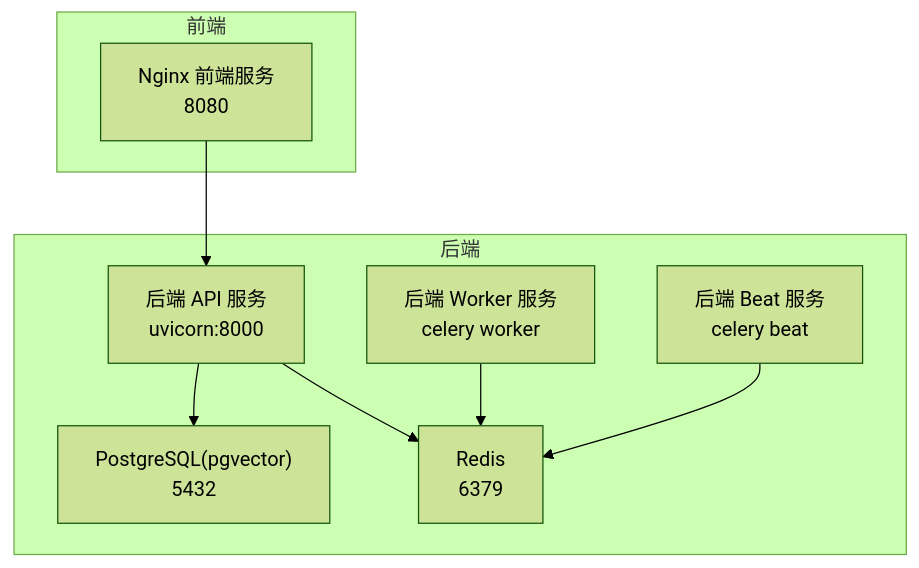
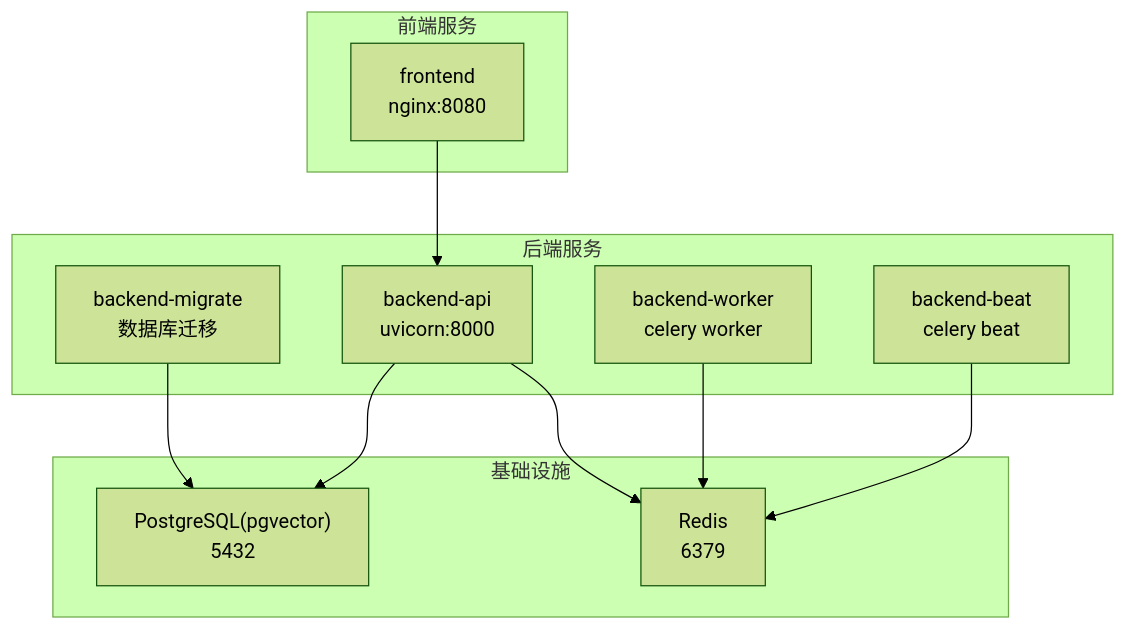
One commit to yzxingtu/novusai-saas changed the first of 7 diagrams in .qoder/repowiki/zh/content/架构设计/整体架构设计/部署架构设计/容器化策略.md. Above: the diagram before and after it, drawn with Mermaid (forest theme). The commit also changed other lines of this file and 256 other files, not shown here.

````diff
--- a/.qoder/repowiki/zh/content/架构设计/整体架构设计/部署架构设计/容器化策略.md
+++ b/.qoder/repowiki/zh/content/架构设计/整体架构设计/部署架构设计/容器化策略.md
@@ -36,18 +46,22 @@
 ```mermaid
 graph TB
-subgraph "后端"
-B_API["后端 API 服务<br/>uvicorn:8000"]
-B_Worker["后端 Worker 服务<br/>celery worker"]
-B_Beat["后端 Beat 服务<br/>celery beat"]
-B_DB["PostgreSQL(pgvector)<br/>5432"]
-B_Redis["Redis<br/>6379"]
+subgraph "基础设施"
+DB["PostgreSQL(pgvector)<br/>5432"]
+REDIS["Redis<br/>6379"]
 end
-subgraph "前端"
-F_Nginx["Nginx 前端服务<br/>8080"]
+subgraph "后端服务"
+MIGRATE["backend-migrate<br/>数据库迁移"]
+API["backend-api<br/>uvicorn:8000"]
+WORKER["backend-worker<br/>celery worker"]
+BEAT["backend-beat<br/>celery beat"]
 end
-F_Nginx --> B_API
-B_API --> B_DB
-B_API --> B_Redis
-B_Worker --> B_Redis
-B_Beat --> B_Redis
+subgraph "前端服务"
+FRONT["frontend<br/>nginx:8080"]
+end
+FRONT --> API
+MIGRATE --> DB
+API --> DB
+API --> REDIS
+WORKER --> REDIS
+BEAT --> REDIS
 ```
````
